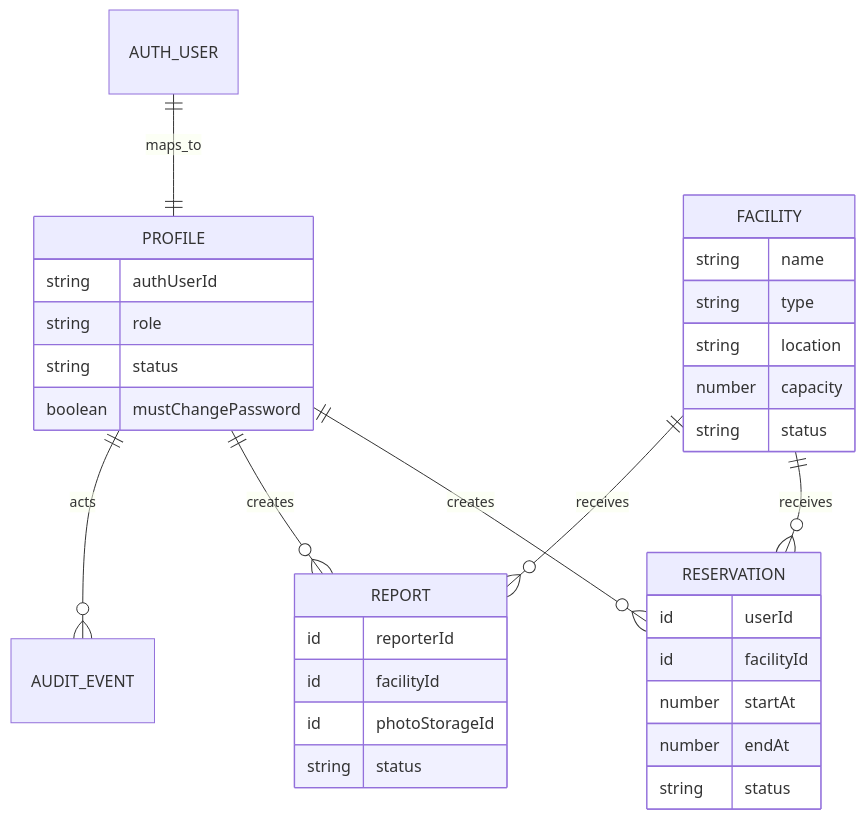
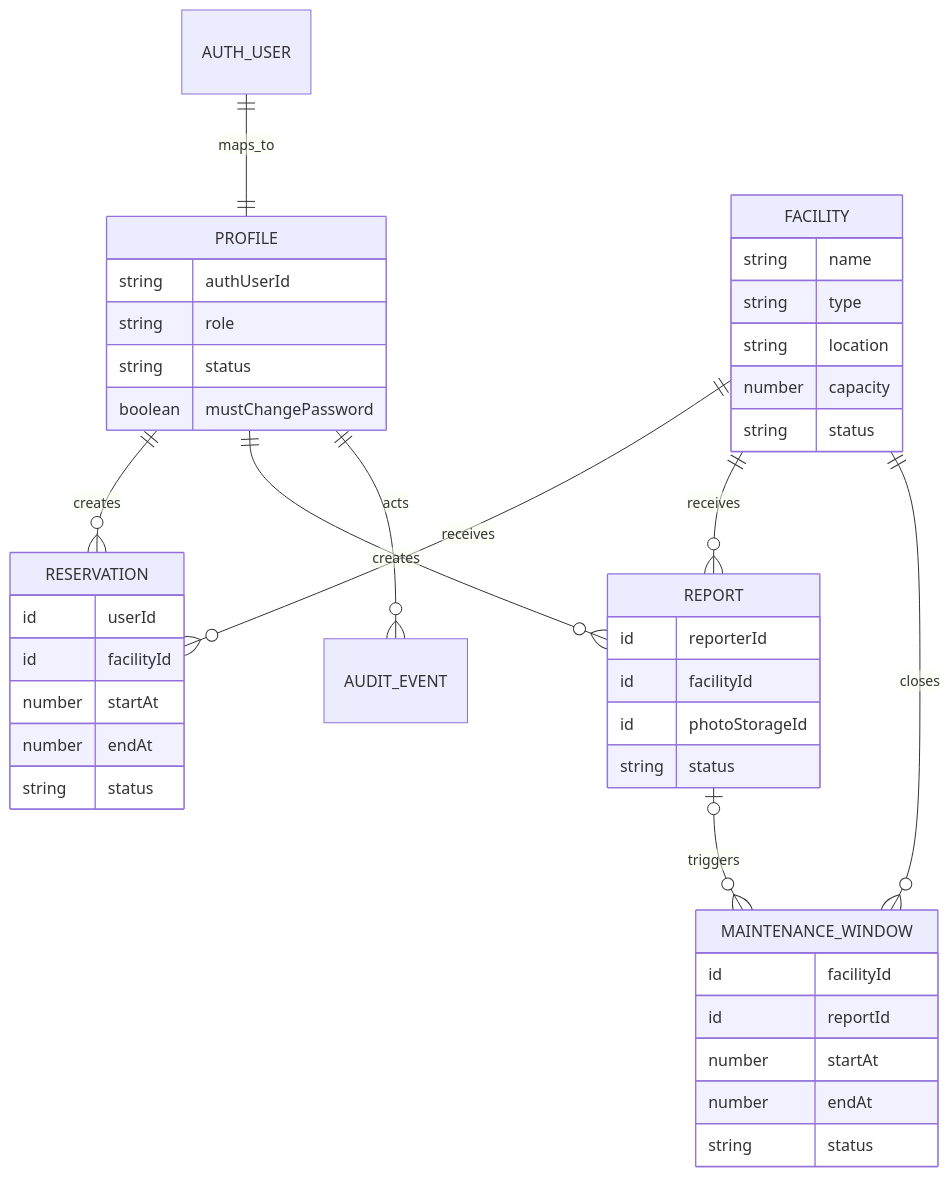
Before and after one commit to ZaidaanArd/ProjectPPK: the diagram in docs/DATA-AND-API.md, drawn with Mermaid. The commit also changed other lines of this file and 44 other files, not shown here.

First line of the commit message:
feat(maintenance): schedule repairs in free slots and document every flow

````diff
--- a/docs/DATA-AND-API.md
+++ b/docs/DATA-AND-API.md
@@ -5,36 +5,45 @@
 ```mermaid
 erDiagram
   AUTH_USER ||--|| PROFILE : maps_to
   PROFILE ||--o{ RESERVATION : creates
   PROFILE ||--o{ REPORT : creates
   PROFILE ||--o{ AUDIT_EVENT : acts
   FACILITY ||--o{ RESERVATION : receives
   FACILITY ||--o{ REPORT : receives
+  FACILITY ||--o{ MAINTENANCE_WINDOW : closes
+  REPORT |o--o{ MAINTENANCE_WINDOW : triggers
 
   PROFILE {
     string authUserId
     string role
     string status
     boolean mustChangePassword
   }
   FACILITY {
     string name
     string type
     string location
     number capacity
     string status
   }
   RESERVATION {
     id userId
     id facilityId
     number startAt
     number endAt
     string status
   }
   REPORT {
     id reporterId
     id facilityId
     id photoStorageId
     string status
   }
+  MAINTENANCE_WINDOW {
+    id facilityId
+    id reportId
+    number startAt
+    number endAt
+    string status
+  }
 ```
````
